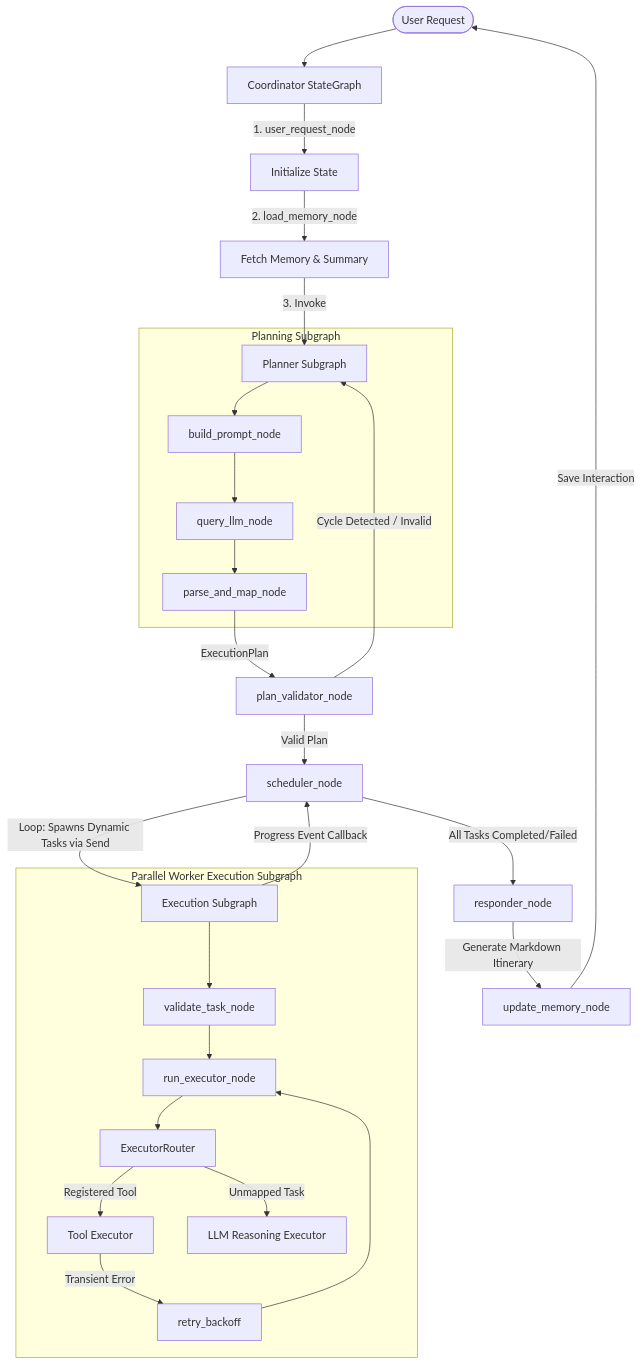
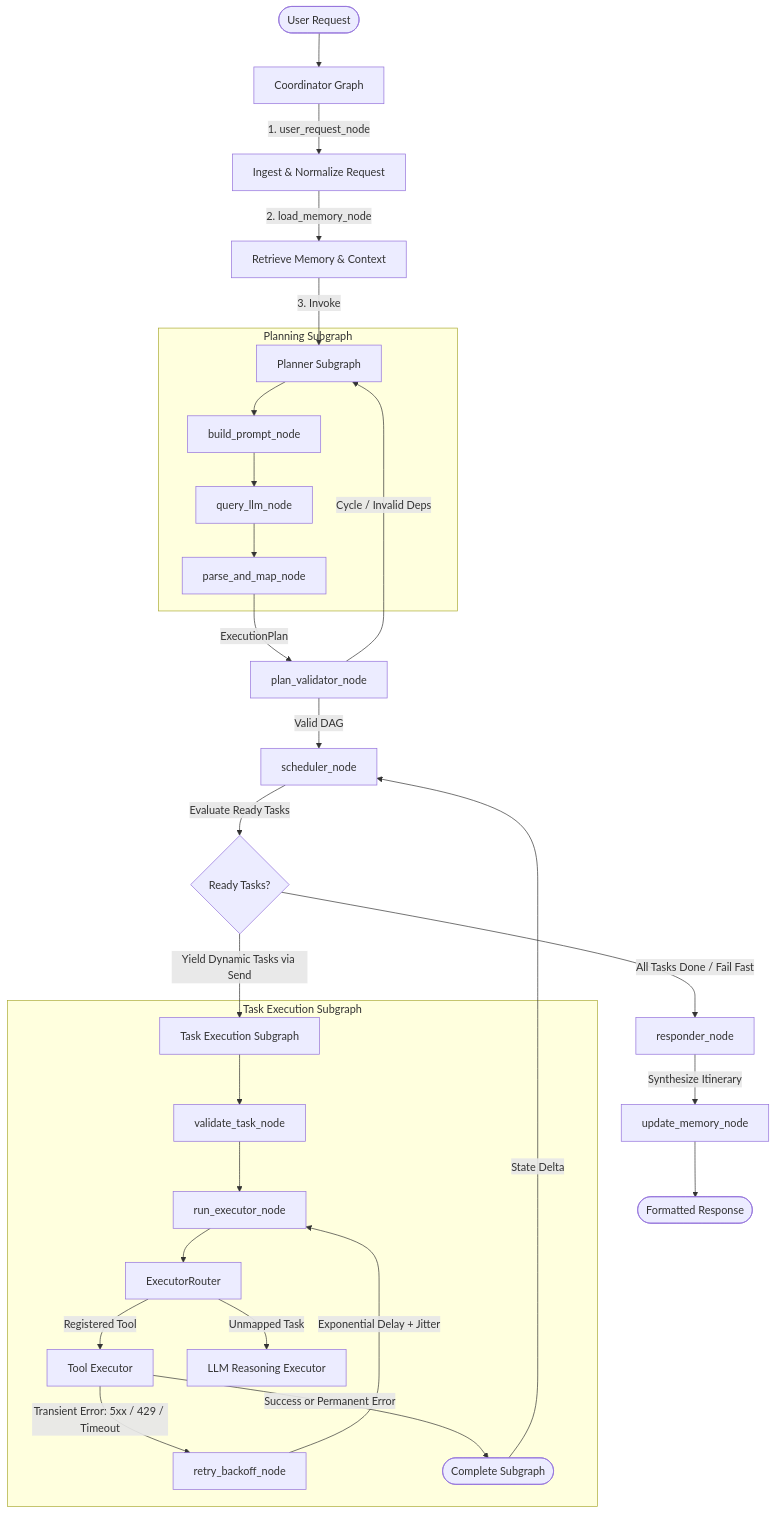
The diagram in README.md (kishormaity/Travel_Agent), drawn with Mermaid before and after one commit. The commit also changed other lines of this file and 27 other files, not shown here.

````diff
--- a/README.md
+++ b/README.md
@@ -39,38 +54,40 @@
 ```mermaid
-graph TD
-    User([User Request]) --> Coord[Coordinator StateGraph]
-    Coord -->|1. user_request_node| InitState[Initialize State]
-    InitState -->|2. load_memory_node| LoadMem[Fetch Memory & Summary]
+flowchart TD
+    User([User Request]) --> Coord[Coordinator Graph]
+    Coord -->|1. user_request_node| IngestReq[Ingest & Normalize Request]
+    IngestReq -->|2. load_memory_node| LoadMem[Retrieve Memory & Context]
     LoadMem -->|3. Invoke| PlanSub[Planner Subgraph]
-    
+
     subgraph Planning Subgraph
         PlanSub --> BuildPrompt[build_prompt_node]
         BuildPrompt --> QueryLLM[query_llm_node]
         QueryLLM --> ParseMap[parse_and_map_node]
     end
-    
+
     ParseMap -->|ExecutionPlan| PlanVal[plan_validator_node]
-    
-    PlanVal -->|Cycle Detected / Invalid| PlanSub
-    PlanVal -->|Valid Plan| Sched[scheduler_node]
-    
-    Sched -->|Loop: Spawns Dynamic Tasks via Send| ExecSub[Execution Subgraph]
-    
-    subgraph Parallel Worker Execution Subgraph
+
+    PlanVal -->|Cycle / Invalid Deps| PlanSub
+    PlanVal -->|Valid DAG| Sched[scheduler_node]
+
+    Sched -->|Evaluate Ready Tasks| Dispatch{Ready Tasks?}
+    Dispatch -->|Yield Dynamic Tasks via Send| ExecSub[Task Execution Subgraph]
+
+    subgraph Task Execution Subgraph
         ExecSub --> ValTask[validate_task_node]
         ValTask --> RunExec[run_executor_node]
         RunExec --> ExecRouter[ExecutorRouter]
-        
+
         ExecRouter -->|Registered Tool| ToolExec[Tool Executor]
         ExecRouter -->|Unmapped Task| LLMExec[LLM Reasoning Executor]
-        
-        ToolExec -->|Transient Error| Backoff[retry_backoff]
-        Backoff --> RunExec
+
+        ToolExec -->|Transient Error: 5xx / 429 / Timeout| Backoff[retry_backoff_node]
+        Backoff -->|Exponential Delay + Jitter| RunExec
+        ToolExec -->|Success or Permanent Error| ExecDone([Complete Subgraph])
     end
-    
-    ExecSub -->|Progress Event Callback| Sched
-    Sched -->|All Tasks Completed/Failed| Resp[responder_node]
-    
-    Resp -->|Generate Markdown Itinerary| UpdateMem[update_memory_node]
-    UpdateMem -->|Save Interaction| User
+
+    ExecDone -->|State Delta| Sched
+    Dispatch -->|All Tasks Done / Fail Fast| Resp[responder_node]
+
+    Resp -->|Synthesize Itinerary| UpdateMem[update_memory_node]
+    UpdateMem --> FinalOut([Formatted Response])
 ```
````
